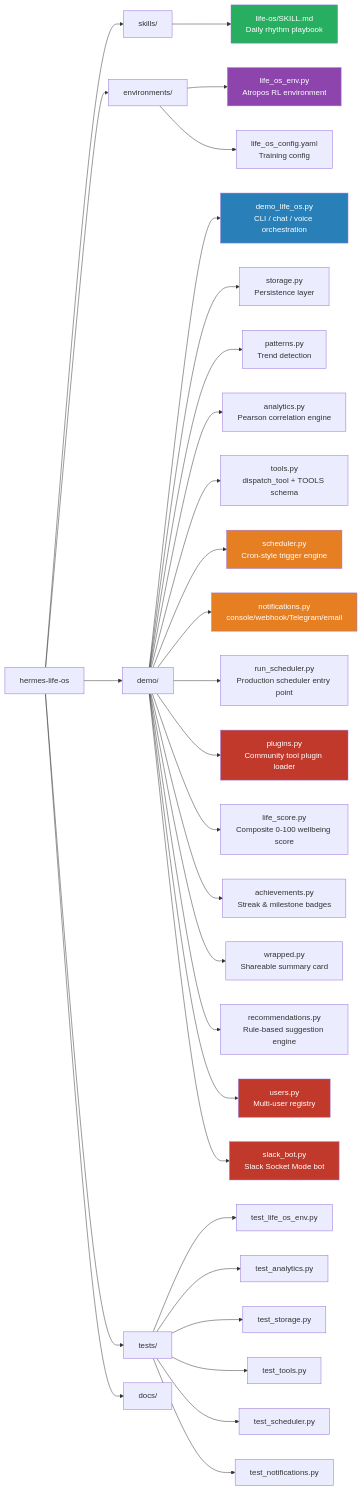
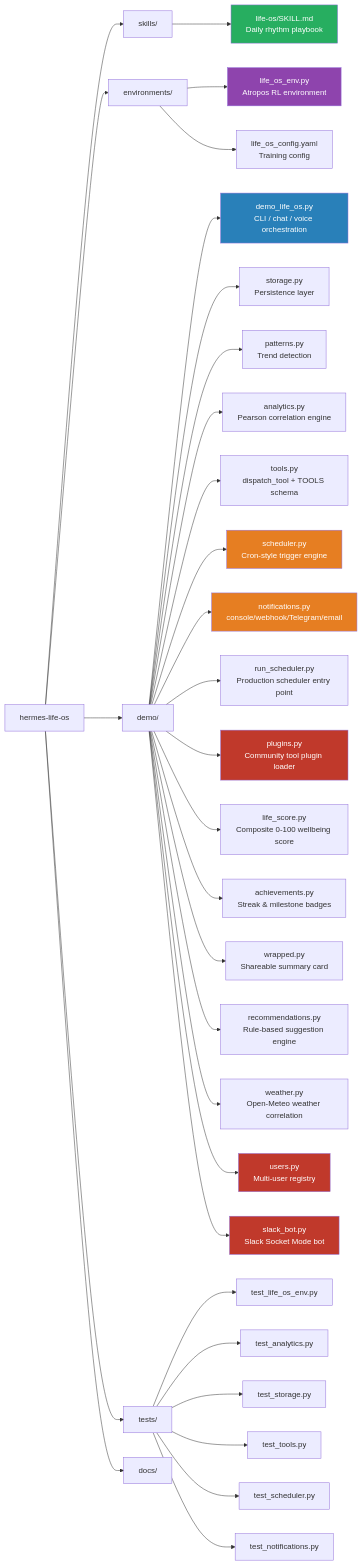
The third of 3 diagrams in README.md (Lethe044/hermes-life-os), drawn with Mermaid before and after one commit. The commit also changed other lines of this file and 6 other files, not shown here.

Commit message:
Add weather correlation and Apple Shortcuts/quick-log guide (v1.19.0)

````diff
--- a/README.md
+++ b/README.md
@@ -305,42 +305,43 @@
 ```mermaid
 graph LR
     A[hermes-life-os] --> B[skills/]
     A --> C[environments/]
     A --> D[demo/]
     A --> E[tests/]
     A --> F[docs/]
 
     B --> B1[life-os/SKILL.md<br/>Daily rhythm playbook]
     C --> C1[life_os_env.py<br/>Atropos RL environment]
     C --> C2[life_os_config.yaml<br/>Training config]
     D --> D1[demo_life_os.py<br/>CLI / chat / voice orchestration]
     D --> D2[storage.py<br/>Persistence layer]
     D --> D3[patterns.py<br/>Trend detection]
     D --> D4[analytics.py<br/>Pearson correlation engine]
     D --> D5[tools.py<br/>dispatch_tool + TOOLS schema]
     D --> D6[scheduler.py<br/>Cron-style trigger engine]
     D --> D7[notifications.py<br/>console/webhook/Telegram/email]
     D --> D8[run_scheduler.py<br/>Production scheduler entry point]
     D --> D9[plugins.py<br/>Community tool plugin loader]
     D --> D12[life_score.py<br/>Composite 0-100 wellbeing score]
     D --> D13[achievements.py<br/>Streak &amp; milestone badges]
     D --> D14[wrapped.py<br/>Shareable summary card]
     D --> D15[recommendations.py<br/>Rule-based suggestion engine]
+    D --> D16[weather.py<br/>Open-Meteo weather correlation]
     D --> D10[users.py<br/>Multi-user registry]
     D --> D11[slack_bot.py<br/>Slack Socket Mode bot]
     E --> E1[test_life_os_env.py]
     E --> E2[test_analytics.py]
     E --> E3[test_storage.py]
     E --> E4[test_tools.py]
     E --> E5[test_scheduler.py]
     E --> E6[test_notifications.py]
 
     style B1 fill:#27ae60,color:#fff
     style C1 fill:#8e44ad,color:#fff
     style D1 fill:#2980b9,color:#fff
     style D6 fill:#e67e22,color:#fff
     style D7 fill:#e67e22,color:#fff
     style D9 fill:#c0392b,color:#fff
     style D10 fill:#c0392b,color:#fff
     style D11 fill:#c0392b,color:#fff
 ```
````
